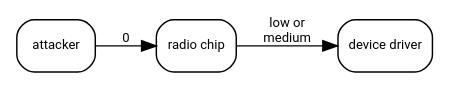
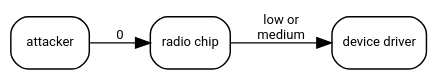
Before and after one commit to noncombatant/noncombatant.github.io: the diagram in 2021/04/09/prioritizing-memory-safety-migrations/surface-02.dot, drawn with Graphviz. The commit also changed 11 other files, not shown here.

```diff
--- a/2021/04/09/prioritizing-memory-safety-migrations/surface-02.dot
+++ b/2021/04/09/prioritizing-memory-safety-migrations/surface-02.dot
@@ -1,27 +1,28 @@
 digraph {
-  splines = polyline;
+  splines = polyline
   rankdir = LR
+  bgcolor = transparent
   node [
     shape = box
     style = rounded
     fontname = "Roboto"
     fontsize = 9
     margin = 0.1
-  ];
+  ]
   edge [
     fontname = "Roboto"
     fontsize = 9
     margin = 0.1
-  ];
+  ]
 
-  attacker [ label = "attacker" ];
-  radio [ label = "radio chip" ];
-  kernel [ label = "device driver" ];
+  attacker [ label = "attacker" ]
+  radio [ label = "radio chip" ]
+  kernel [ label = "device driver" ]
 
   attacker -> radio [
     label = "0"
-  ];
+  ]
   radio -> kernel [
     label = "low or\nmedium"
-  ];
+  ]
 }
```
